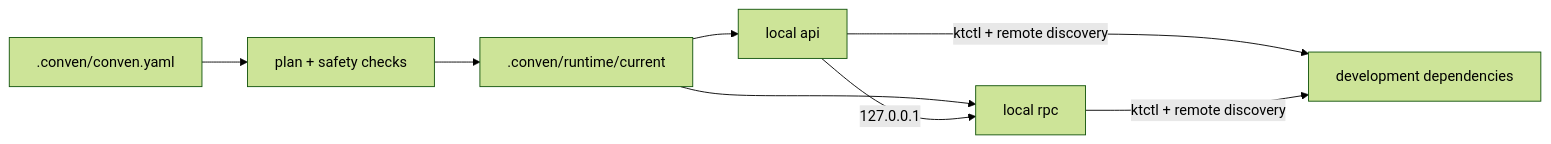
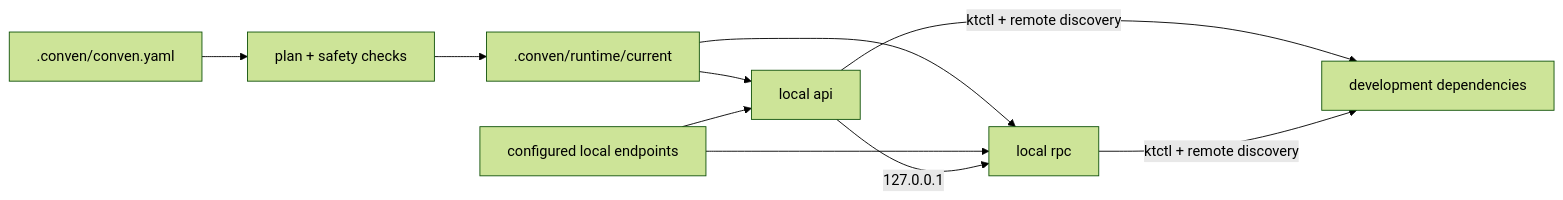
One commit to leo1394/homebrew-conven changed the diagram in README.md. Above: the diagram before and after it, drawn with Mermaid (forest theme). The commit also changed other lines of this file and 42 other files, not shown here.

````diff
--- a/README.md
+++ b/README.md
@@ -32,10 +31,12 @@
 ```mermaid
 flowchart LR
     M[".conven/conven.yaml"] --> P["plan + safety checks"]
     P --> R[".conven/runtime/current"]
     R --> A["local api"]
     R --> B["local rpc"]
+    E["configured local endpoints"] --> A
+    E --> B
     A -->|"127.0.0.1"| B
     A -->|"ktctl + remote discovery"| D["development dependencies"]
     B -->|"ktctl + remote discovery"| D
 ```
````
